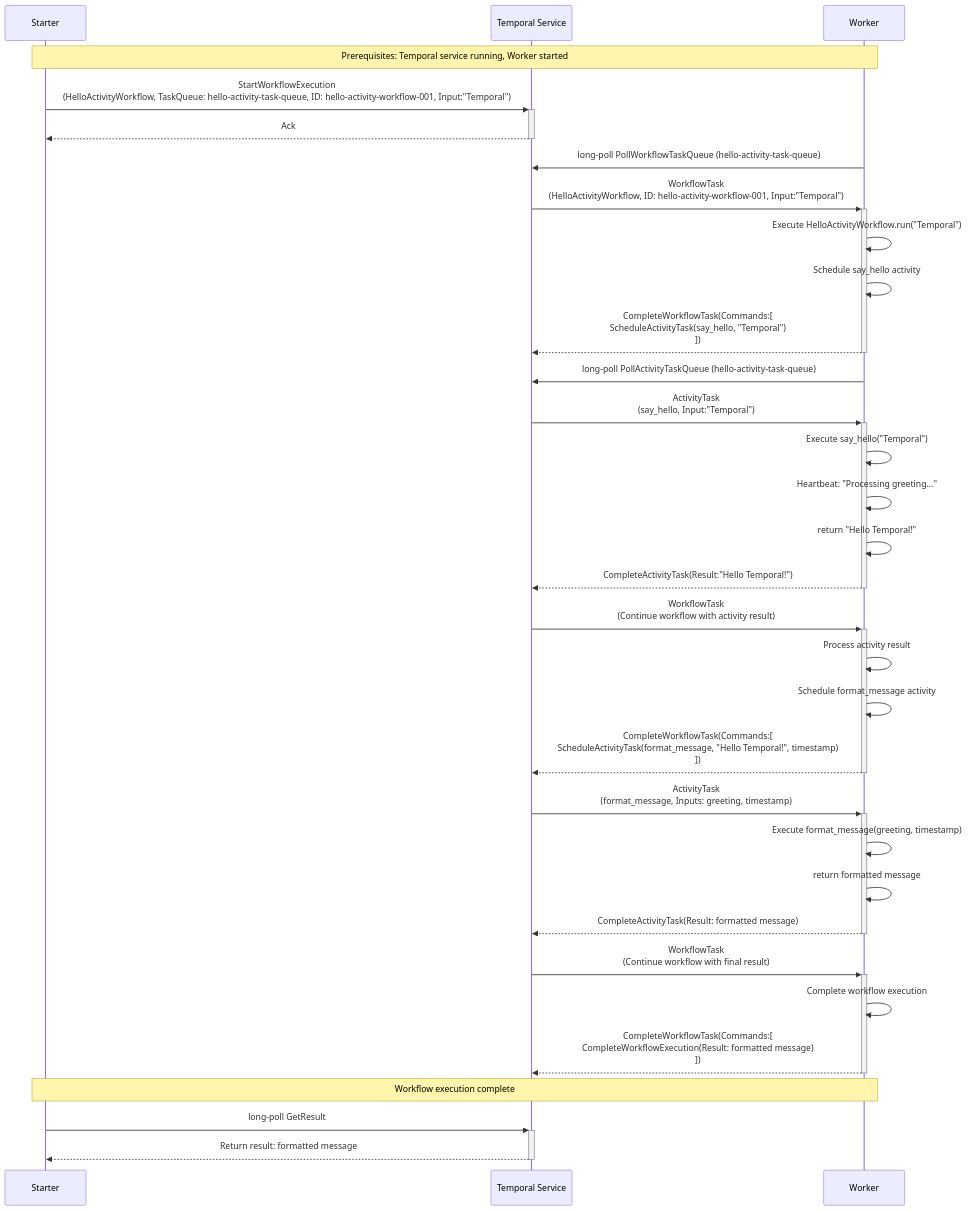
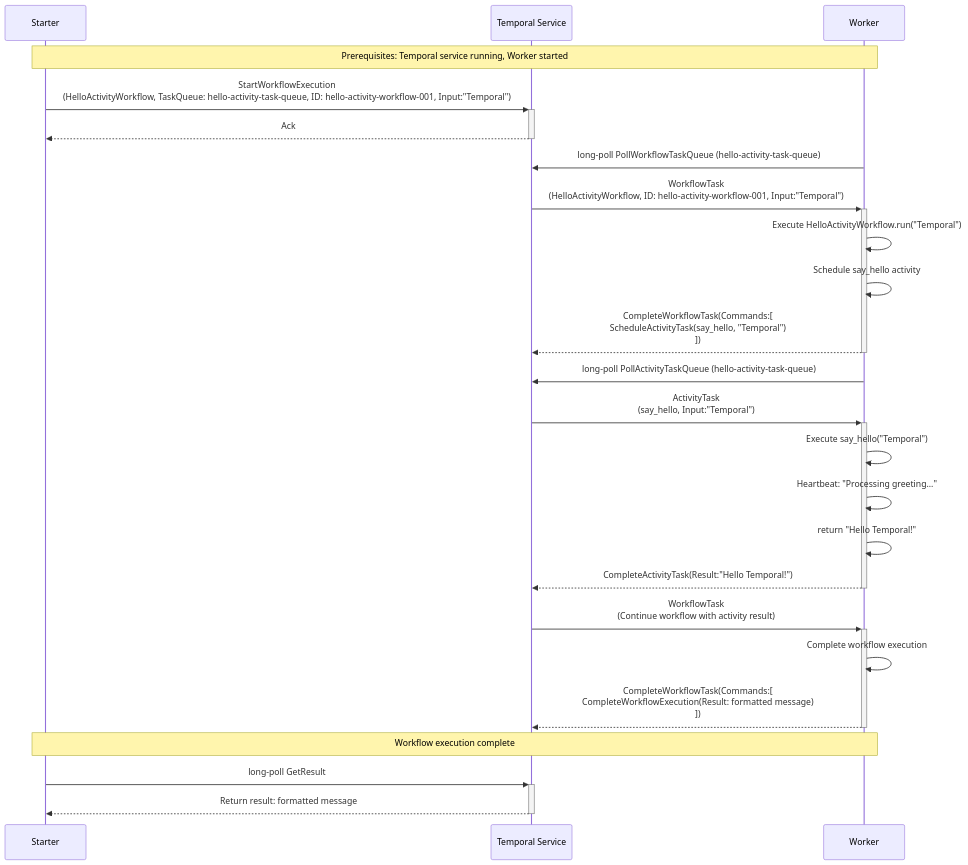
Before and after one commit to mfateev/musings: the diagram in hello-activity/README.md, drawn with Mermaid. The commit also changed other lines of this file and 6 other files, not shown here.

Commit message:
Changed workflow to execute a single activity

````diff
--- a/hello-activity/README.md
+++ b/hello-activity/README.md
@@ -39,45 +37,35 @@
 ```mermaid
 sequenceDiagram
     participant S as Starter
     participant TS as Temporal Service
     participant W as Worker
     
     Note over S,W: Prerequisites: Temporal service running, Worker started
     
     S->>+TS: StartWorkflowExecution<br/>(HelloActivityWorkflow, TaskQueue: hello-activity-task-queue, ID: hello-activity-workflow-001, Input:"Temporal")
     TS-->>-S: Ack
         
     W->>TS: long-poll PollWorkflowTaskQueue (hello-activity-task-queue)
     
     TS->>+W: WorkflowTask<br/>(HelloActivityWorkflow, ID: hello-activity-workflow-001, Input:"Temporal")
     W->>W: Execute HelloActivityWorkflow.run("Temporal")
     W->>W: Schedule say_hello activity
     W-->>-TS: CompleteWorkflowTask(Commands:[<br/>ScheduleActivityTask(say_hello, "Temporal")<br/>])
     
     W->>TS: long-poll PollActivityTaskQueue (hello-activity-task-queue)
     
     TS->>+W: ActivityTask<br/>(say_hello, Input:"Temporal")
     W->>W: Execute say_hello("Temporal")
     W->>W: Heartbeat: "Processing greeting..."
     W->>W: return "Hello Temporal!"
     W-->>-TS: CompleteActivityTask(Result:"Hello Temporal!")
     
     TS->>+W: WorkflowTask<br/>(Continue workflow with activity result)
-    W->>W: Process activity result
-    W->>W: Schedule format_message activity  
-    W-->>-TS: CompleteWorkflowTask(Commands:[<br/>ScheduleActivityTask(format_message, "Hello Temporal!", timestamp)<br/>])
-    
-    TS->>+W: ActivityTask<br/>(format_message, Inputs: greeting, timestamp)
-    W->>W: Execute format_message(greeting, timestamp)
-    W->>W: return formatted message
-    W-->>-TS: CompleteActivityTask(Result: formatted message)
-    
-    TS->>+W: WorkflowTask<br/>(Continue workflow with final result)
     W->>W: Complete workflow execution
     W-->>-TS: CompleteWorkflowTask(Commands:[<br/>CompleteWorkflowExecution(Result: formatted message)<br/>])
     
     Note over S,W: Workflow execution complete
     
     S->>+TS: long-poll GetResult
     TS-->>-S: Return result: formatted message
 ```
````
